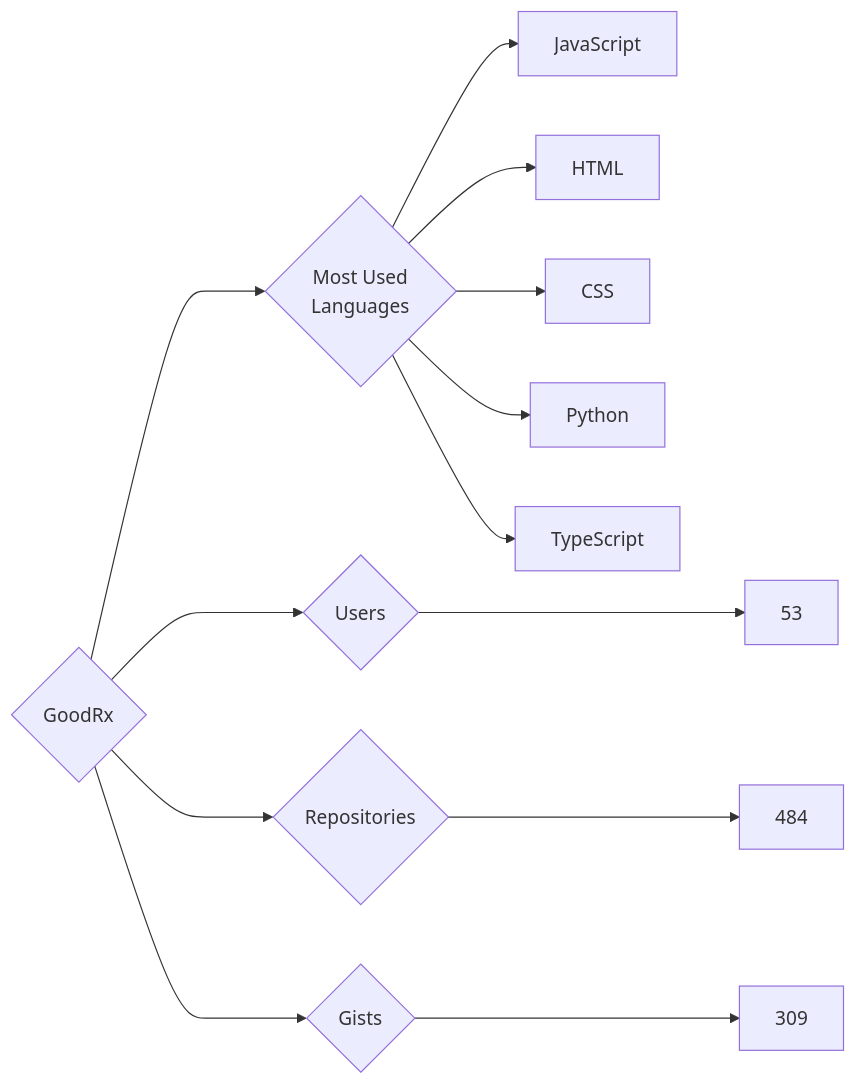
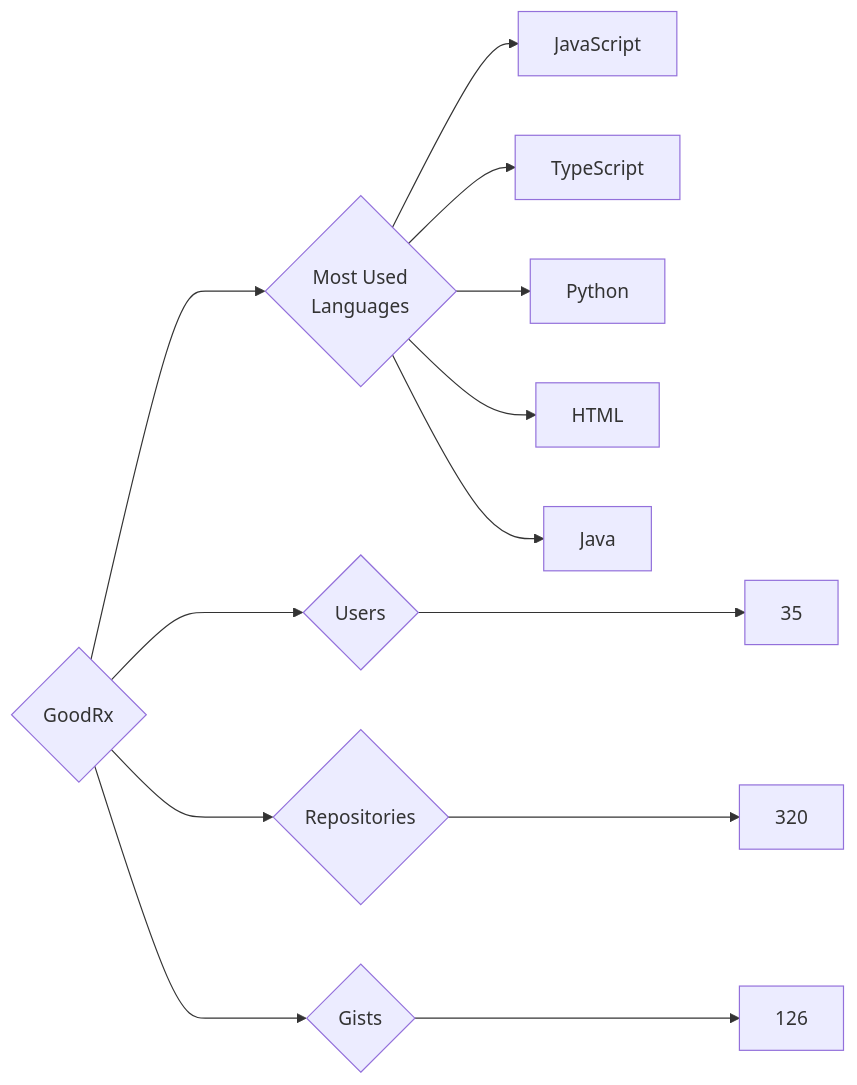
The diagram in targets/GoodRx/README.md (trickest/insiders), drawn with Mermaid before and after one commit. The commit also changed 912 other files, not shown here.

````diff
--- a/targets/GoodRx/README.md
+++ b/targets/GoodRx/README.md
@@ -3,13 +3,13 @@
 ```mermaid
 graph LR
 COMPANY_NAME{GoodRx}
-COMPANY_NAME ---> U{Users} ---> UN[53]
-COMPANY_NAME ---> R{Repositories} ---> RN[484]
-COMPANY_NAME ---> G{Gists} ---> GN[309]
+COMPANY_NAME ---> U{Users} ---> UN[35]
+COMPANY_NAME ---> R{Repositories} ---> RN[320]
+COMPANY_NAME ---> G{Gists} ---> GN[126]
 COMPANY_NAME ---> ML{Most Used<br>Languages}
 ML --> JavaScript[JavaScript]
+ML --> TypeScript[TypeScript]
+ML --> Python[Python]
 ML --> HTML[HTML]
-ML --> CSS[CSS]
-ML --> Python[Python]
-ML --> TypeScript[TypeScript]
+ML --> Java[Java]
 ```
````
